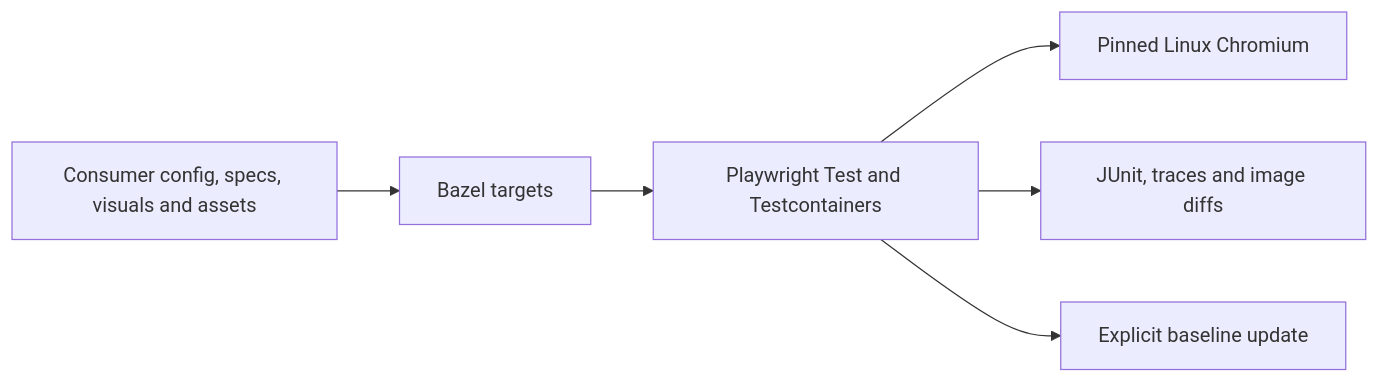
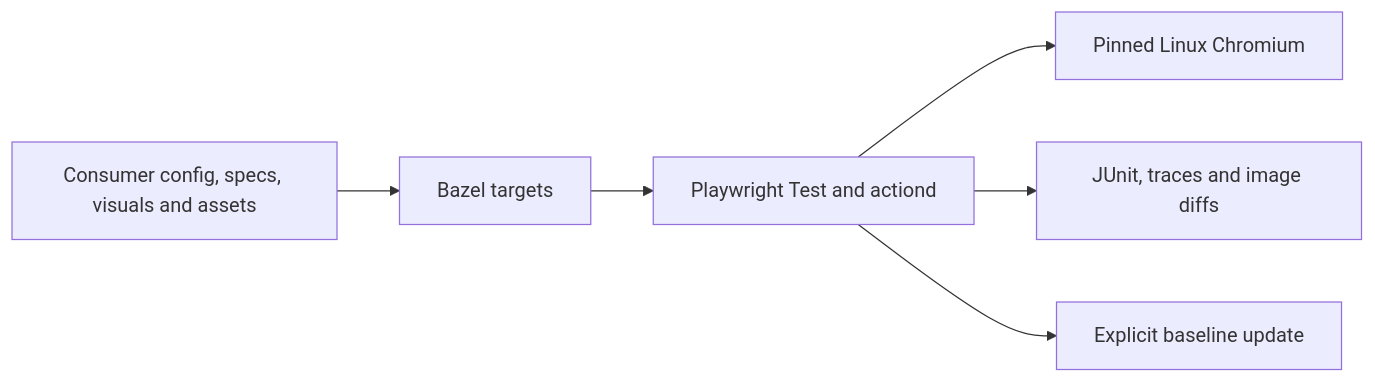
Before and after one commit to perplexityai/rules_web_e2e: the diagram in docs/oss-browser-testing-plan.md, drawn with Mermaid. The commit also changed other lines of this file and 56 other files, not shown here.

First line of the commit message:
feat: replace Testcontainers with actiond for VRT (#29)

````diff
--- a/docs/oss-browser-testing-plan.md
+++ b/docs/oss-browser-testing-plan.md
@@ -11,8 +11,8 @@
 ```mermaid
 flowchart LR
   Inputs[Consumer config, specs, visuals and assets] --> Rules[Bazel targets]
-  Rules --> Runtime[Playwright Test and Testcontainers]
+  Rules --> Runtime[Playwright Test and actiond]
   Runtime --> Browser[Pinned Linux Chromium]
   Runtime --> Reports[JUnit, traces and image diffs]
   Runtime --> Update[Explicit baseline update]
 ```
````
